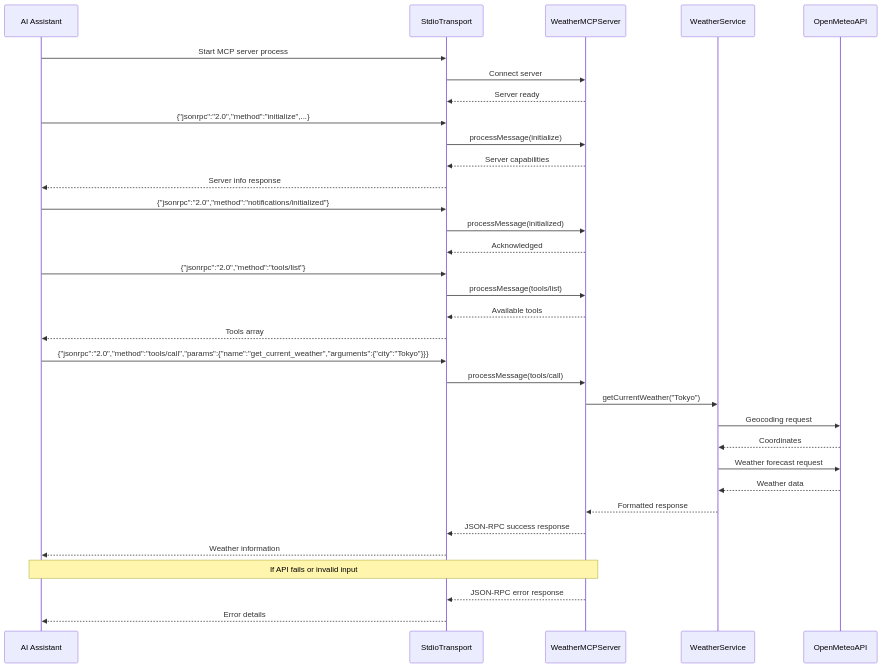
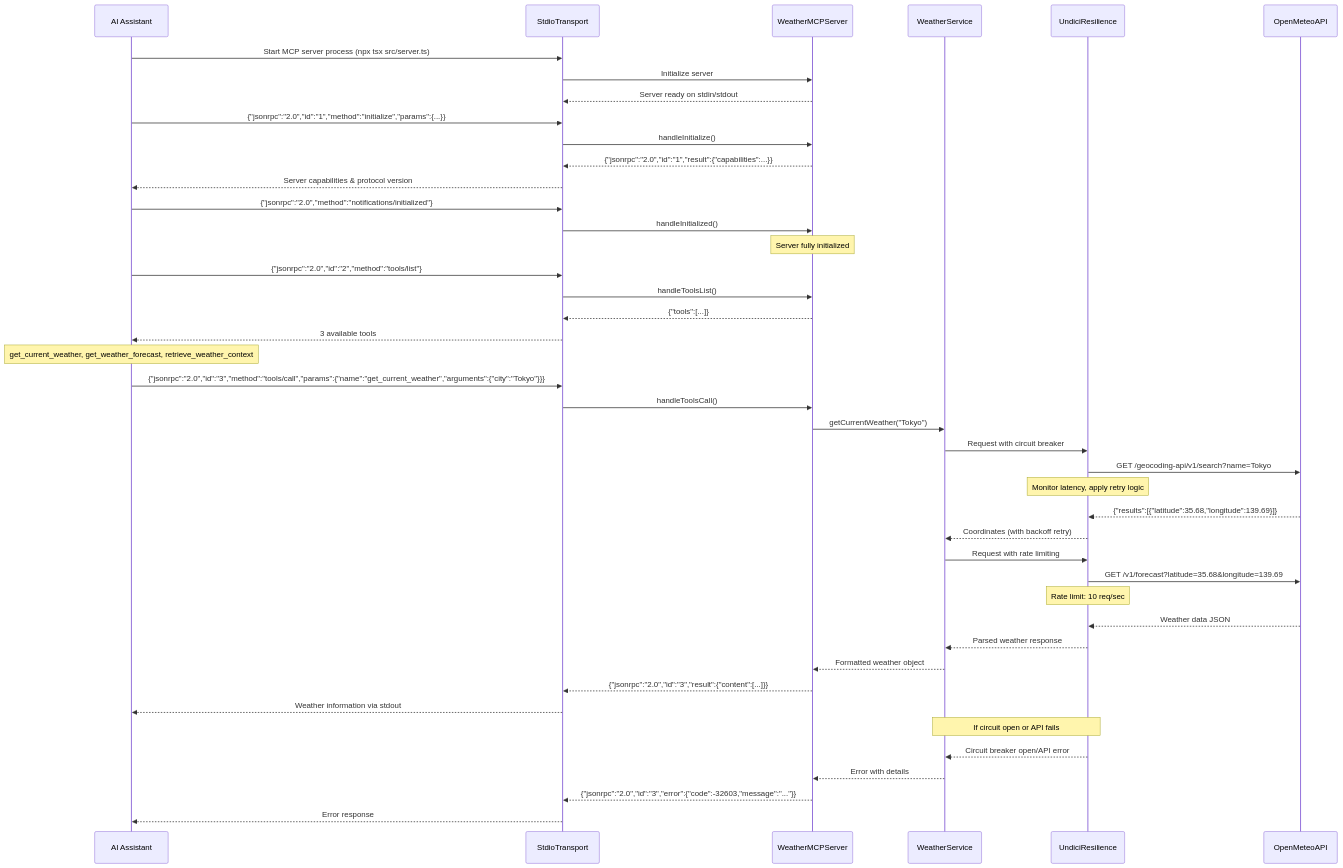
The third of 4 diagrams in README.md (kumaran-is/mcp-weather-server), drawn with Mermaid before and after one commit. The commit also changed other lines of this file and 54 other files, not shown here.

````diff
--- a/README.md
+++ b/README.md
@@ -172,49 +421,60 @@
 ```mermaid
 sequenceDiagram
     participant AI Assistant
     participant StdioTransport
     participant WeatherMCPServer
     participant WeatherService
+    participant UndiciResilience
     participant OpenMeteoAPI
 
     %% Connection Establishment
-    AI Assistant->>StdioTransport: Start MCP server process
-    StdioTransport->>WeatherMCPServer: Connect server
-    WeatherMCPServer-->>StdioTransport: Server ready
+    AI Assistant->>StdioTransport: Start MCP server process (npx tsx src/server.ts)
+    StdioTransport->>WeatherMCPServer: Initialize server
+    WeatherMCPServer-->>StdioTransport: Server ready on stdin/stdout
 
     %% MCP Protocol Handshake
-    AI Assistant->>StdioTransport: {"jsonrpc":"2.0","method":"initialize",...}
-    StdioTransport->>WeatherMCPServer: processMessage(initialize)
-    WeatherMCPServer-->>StdioTransport: Server capabilities
-    StdioTransport-->>AI Assistant: Server info response
+    AI Assistant->>StdioTransport: {"jsonrpc":"2.0","id":"1","method":"initialize","params":{...}}
+    StdioTransport->>WeatherMCPServer: handleInitialize()
+    WeatherMCPServer-->>StdioTransport: {"jsonrpc":"2.0","id":"1","result":{"capabilities":...}}
+    StdioTransport-->>AI Assistant: Server capabilities & protocol version
 
     AI Assistant->>StdioTransport: {"jsonrpc":"2.0","method":"notifications/initialized"}
-    StdioTransport->>WeatherMCPServer: processMessage(initialized)
-    WeatherMCPServer-->>StdioTransport: Acknowledged
+    StdioTransport->>WeatherMCPServer: handleInitialized()
+    Note over WeatherMCPServer: Server fully initialized
 
     %% Tool Discovery
-    AI Assistant->>StdioTransport: {"jsonrpc":"2.0","method":"tools/list"}
-    StdioTransport->>WeatherMCPServer: processMessage(tools/list)
-    WeatherMCPServer-->>StdioTransport: Available tools
-    StdioTransport-->>AI Assistant: Tools array
+    AI Assistant->>StdioTransport: {"jsonrpc":"2.0","id":"2","method":"tools/list"}
+    StdioTransport->>WeatherMCPServer: handleToolsList()
+    WeatherMCPServer-->>StdioTransport: {"tools":[...]}
+    StdioTransport-->>AI Assistant: 3 available tools
+    Note over AI Assistant: get_current_weather, get_weather_forecast, retrieve_weather_context
 
-    %% Weather Query Processing
-    AI Assistant->>StdioTransport: {"jsonrpc":"2.0","method":"tools/call","params":{"name":"get_current_weather","arguments":{"city":"Tokyo"}}}
-    StdioTransport->>WeatherMCPServer: processMessage(tools/call)
+    %% Weather Query Processing with Resilience
+    AI Assistant->>StdioTransport: {"jsonrpc":"2.0","id":"3","method":"tools/call","params":{"name":"get_current_weather","arguments":{"city":"Tokyo"}}}
+    StdioTransport->>WeatherMCPServer: handleToolsCall()
     WeatherMCPServer->>WeatherService: getCurrentWeather("Tokyo")
 
-    %% API Integration
-    WeatherService->>OpenMeteoAPI: Geocoding request
-    OpenMeteoAPI-->>WeatherService: Coordinates
-    WeatherService->>OpenMeteoAPI: Weather forecast request
-    OpenMeteoAPI-->>WeatherService: Weather data
+    %% API Integration with Resilience Patterns
+    WeatherService->>UndiciResilience: Request with circuit breaker
+    UndiciResilience->>OpenMeteoAPI: GET /geocoding-api/v1/search?name=Tokyo
+    Note over UndiciResilience: Monitor latency, apply retry logic
+    OpenMeteoAPI-->>UndiciResilience: {"results":[{"latitude":35.68,"longitude":139.69}]}
+    UndiciResilience-->>WeatherService: Coordinates (with backoff retry)
 
-    WeatherService-->>WeatherMCPServer: Formatted response
-    WeatherMCPServer-->>StdioTransport: JSON-RPC success response
-    StdioTransport-->>AI Assistant: Weather information
+    WeatherService->>UndiciResilience: Request with rate limiting
+    UndiciResilience->>OpenMeteoAPI: GET /v1/forecast?latitude=35.68&longitude=139.69
+    Note over UndiciResilience: Rate limit: 10 req/sec
+    OpenMeteoAPI-->>UndiciResilience: Weather data JSON
+    UndiciResilience-->>WeatherService: Parsed weather response
 
-    %% Error Handling
-    Note over AI Assistant,WeatherMCPServer: If API fails or invalid input
-    WeatherMCPServer-->>StdioTransport: JSON-RPC error response
-    StdioTransport-->>AI Assistant: Error details
+    WeatherService-->>WeatherMCPServer: Formatted weather object
+    WeatherMCPServer-->>StdioTransport: {"jsonrpc":"2.0","id":"3","result":{"content":[...]}}
+    StdioTransport-->>AI Assistant: Weather information via stdout
+
+    %% Error Handling with Circuit Breaker
+    Note over WeatherService,UndiciResilience: If circuit open or API fails
+    UndiciResilience-->>WeatherService: Circuit breaker open/API error
+    WeatherService-->>WeatherMCPServer: Error with details
+    WeatherMCPServer-->>StdioTransport: {"jsonrpc":"2.0","id":"3","error":{"code":-32603,"message":"..."}}
+    StdioTransport-->>AI Assistant: Error response
 ```
````
